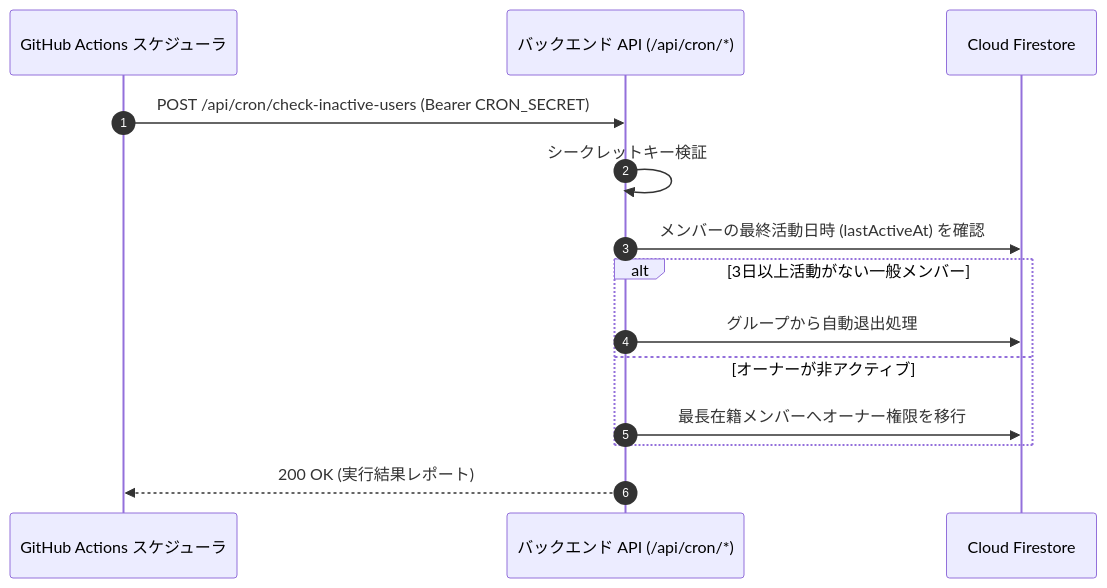
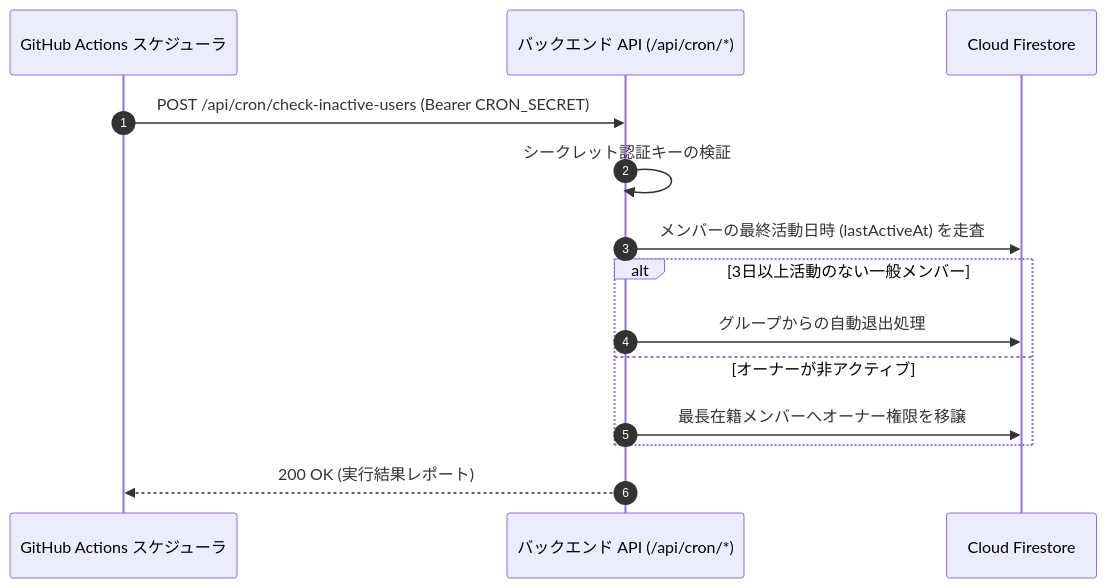
The diagram in docs/ja/cicd-maintenance-automation.md (ScriptureHabit/scripture-habit), drawn with Mermaid before and after one commit. The commit also changed other lines of this file and 57 other files, not shown here.

Commit message:
docs: refine documentation prose and add structured diagram breakdowns across JA and EN

````diff
--- a/docs/ja/cicd-maintenance-automation.md
+++ b/docs/ja/cicd-maintenance-automation.md
@@ -32,17 +32,17 @@
 ```mermaid
 sequenceDiagram
     autonumber
     participant GitHub as GitHub Actions スケジューラ
     participant API as バックエンド API (/api/cron/*)
     participant DB as Cloud Firestore
 
     GitHub->>API: POST /api/cron/check-inactive-users (Bearer CRON_SECRET)
-    API->>API: シークレットキー検証
-    API->>DB: メンバーの最終活動日時 (lastActiveAt) を確認
-    alt 3日以上活動がない一般メンバー
-        API->>DB: グループから自動退出処理
+    API->>API: シークレット認証キーの検証
+    API->>DB: メンバーの最終活動日時 (lastActiveAt) を走査
+    alt 3日以上活動のない一般メンバー
+        API->>DB: グループからの自動退出処理
     else オーナーが非アクティブ
-        API->>DB: 最長在籍メンバーへオーナー権限を移行
+        API->>DB: 最長在籍メンバーへオーナー権限を移譲
     end
     API-->>GitHub: 200 OK (実行結果レポート)
 ```
````
